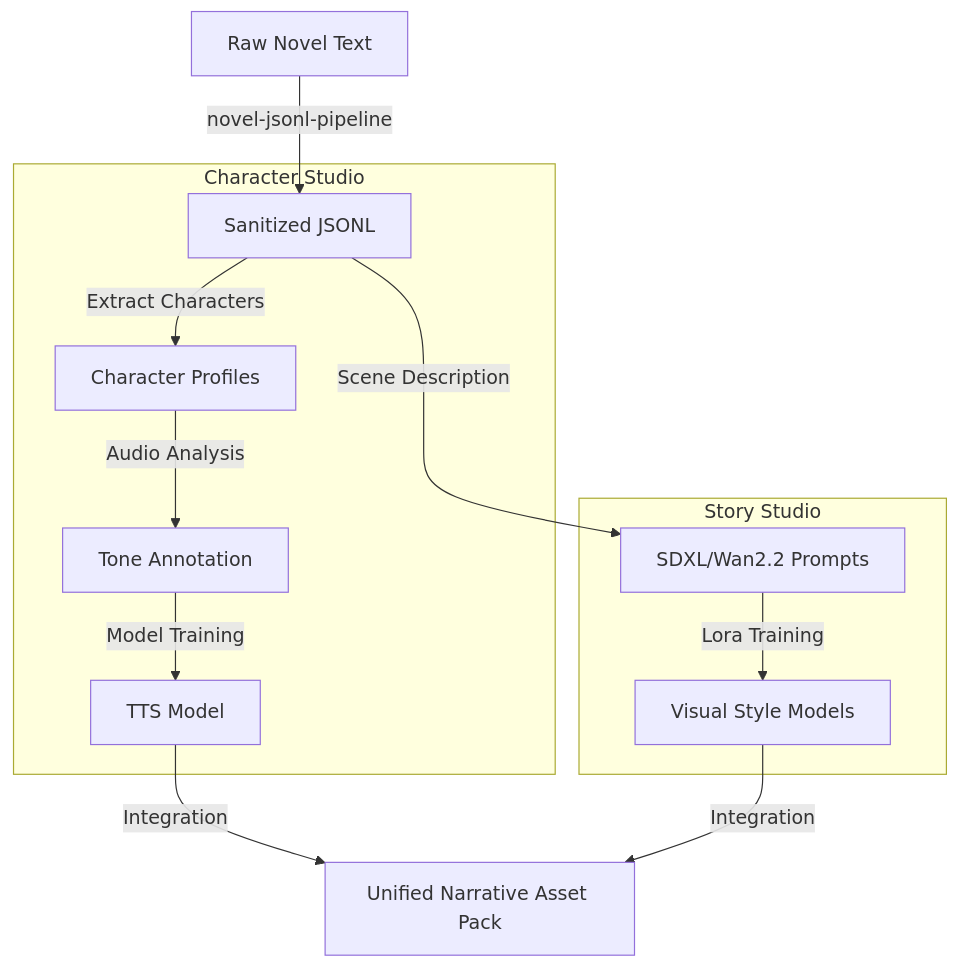
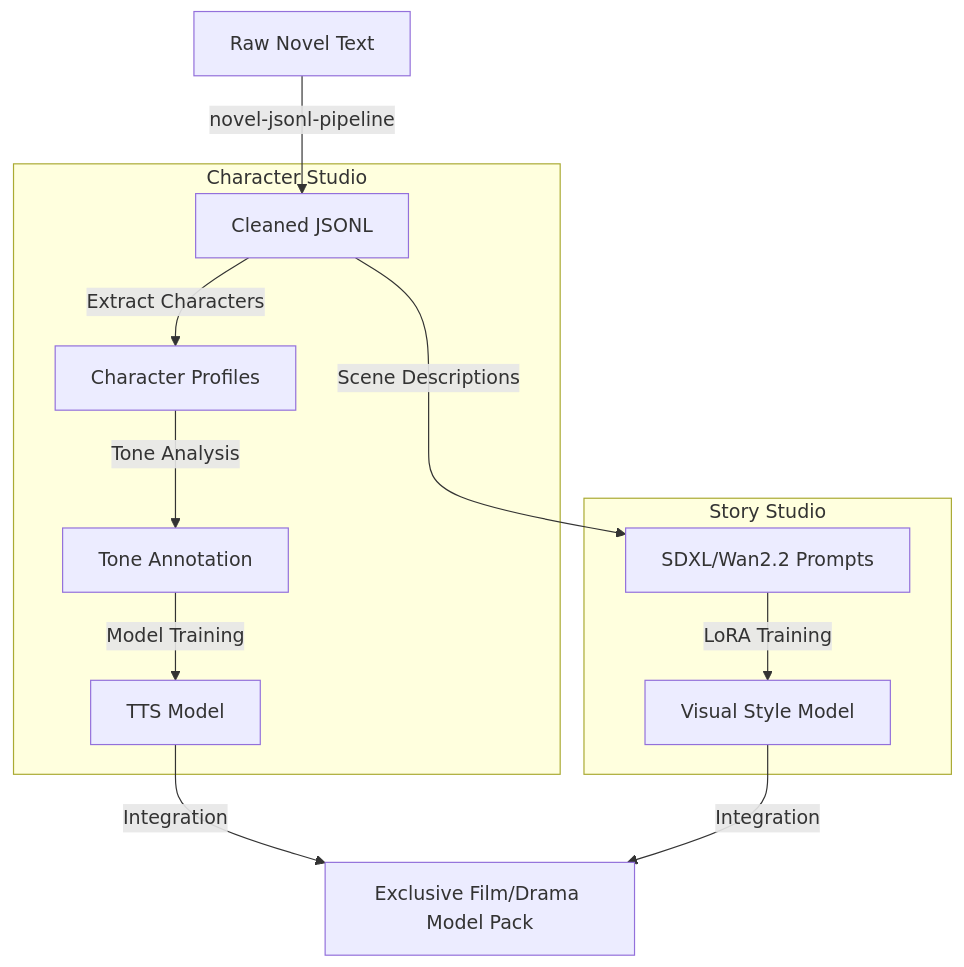
One commit to AtsushiHarimoto/portfolio changed the diagram in public/knowledge/en/12_diagrams/09.Model_Studio_Integration.md. Above: the diagram before and after it, drawn with Mermaid. The commit also changed other lines of this file and 7 other files, not shown here.

Commit message:
docs: 充實 12_diagrams 07-10 日英版完整翻譯（AKIRA 風格+架構解說）

````diff
--- a/public/knowledge/en/12_diagrams/09.Model_Studio_Integration.md
+++ b/public/knowledge/en/12_diagrams/09.Model_Studio_Integration.md
@@ -11,17 +16,17 @@
 ```mermaid
 flowchart TD
-    Raw[Raw Novel Text] -->| novel-jsonl-pipeline | Clean[Sanitized JSONL]
+    Raw[Raw Novel Text] -->| novel-jsonl-pipeline | Clean[Cleaned JSONL]
 
     subgraph "Character Studio"
         Clean -->|Extract Characters| Profiles[Character Profiles]
-        Profiles -->|Audio Analysis| Tone[Tone Annotation]
+        Profiles -->|Tone Analysis| Tone[Tone Annotation]
         Tone -->|Model Training| GPT_SoVITS[TTS Model]
     end
 
     subgraph "Story Studio"
-        Clean -->|Scene Description| Prompts[SDXL/Wan2.2 Prompts]
-        Prompts -->|Lora Training| Visual[Visual Style Models]
+        Clean -->|Scene Descriptions| Prompts[SDXL/Wan2.2 Prompts]
+        Prompts -->|LoRA Training| Visual[Visual Style Model]
     end
 
-    GPT_SoVITS & Visual -->|Integration| Final[Unified Narrative Asset Pack]
+    GPT_SoVITS & Visual -->|Integration| Final[Exclusive Film/Drama Model Pack]
 ```
````
